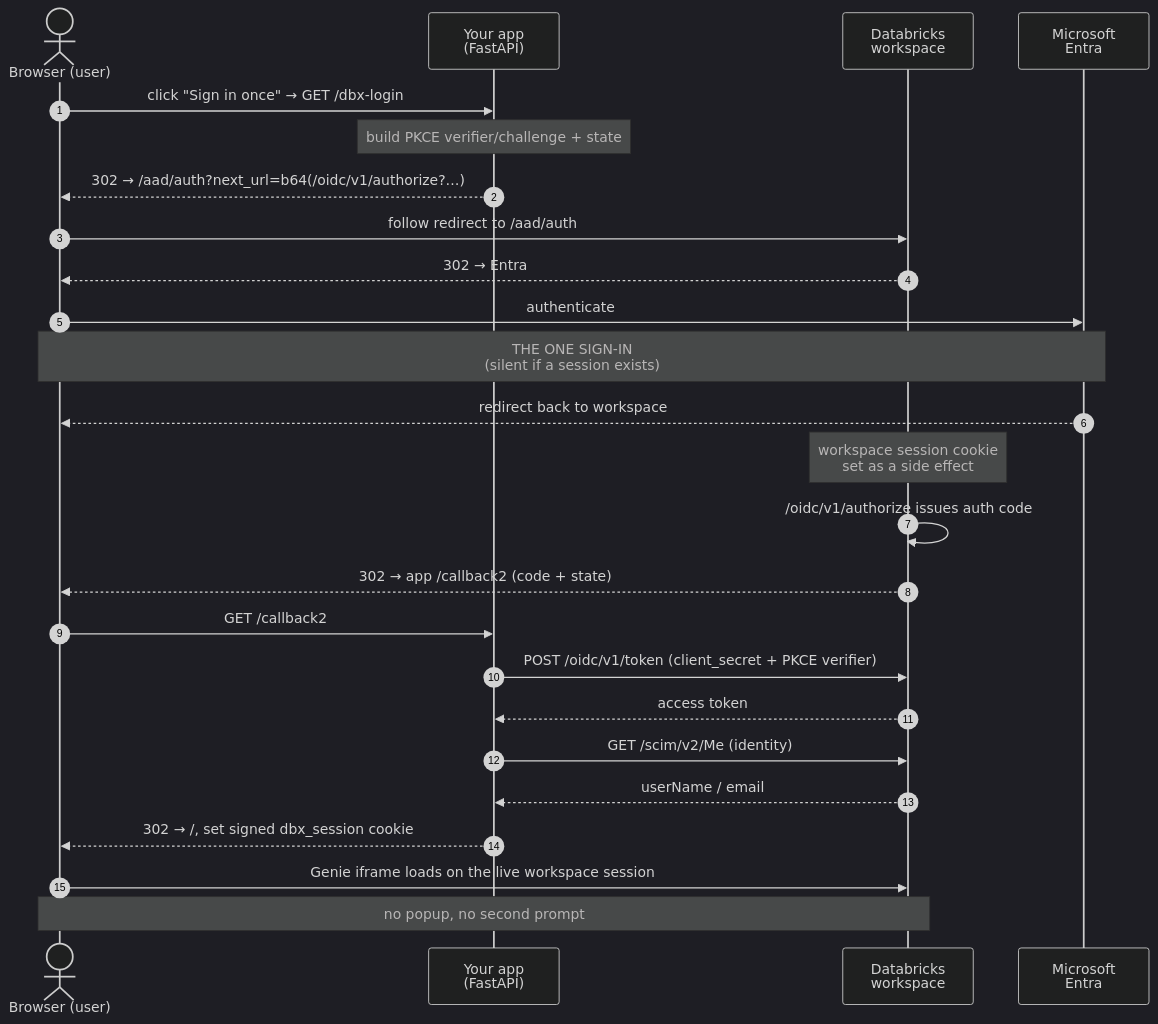
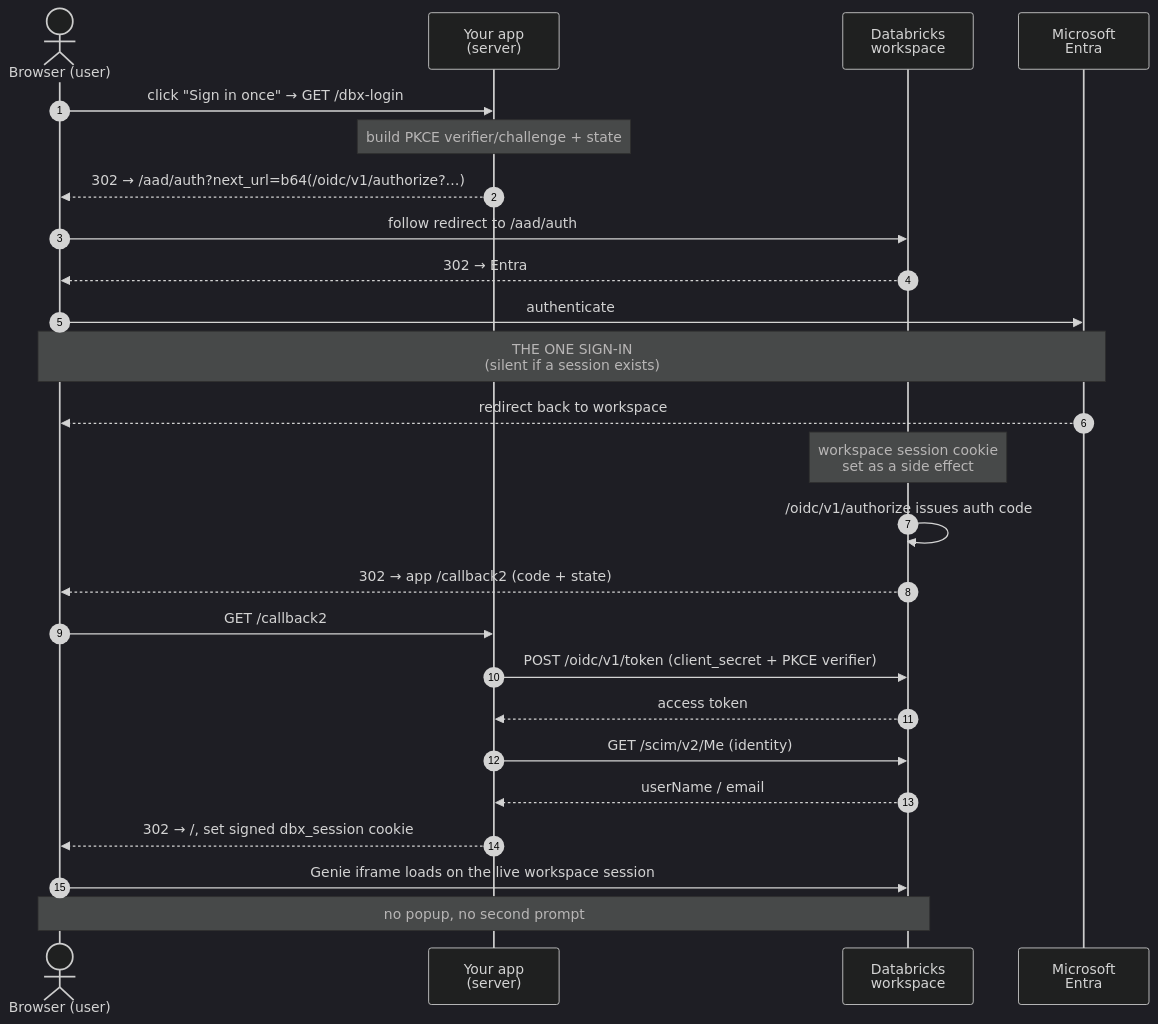
One commit to sean-zhang-dbx/genie-sso-embedding changed the second of 2 diagrams in README.md. Above: the diagram before and after it, drawn with Mermaid (dark theme). The commit also changed other lines of this file, not shown here.

````diff
--- a/README.md
+++ b/README.md
@@ -77,28 +65,28 @@
 ```mermaid
 sequenceDiagram
     autonumber
     actor U as Browser (user)
-    participant A as Your app<br/>(FastAPI)
+    participant A as Your app<br/>(server)
     participant W as Databricks<br/>workspace
     participant E as Microsoft<br/>Entra
 
     U->>A: click "Sign in once" → GET /dbx-login
     Note over A: build PKCE verifier/challenge + state
     A-->>U: 302 → /aad/auth?next_url=b64(/oidc/v1/authorize?…)
     U->>W: follow redirect to /aad/auth
     W-->>U: 302 → Entra
     U->>E: authenticate
     Note over U,E: THE ONE SIGN-IN<br/>(silent if a session exists)
     E-->>U: redirect back to workspace
     Note over W: workspace session cookie<br/>set as a side effect
     W->>W: /oidc/v1/authorize issues auth code
     W-->>U: 302 → app /callback2 (code + state)
     U->>A: GET /callback2
     A->>W: POST /oidc/v1/token (client_secret + PKCE verifier)
     W-->>A: access token
     A->>W: GET /scim/v2/Me (identity)
     W-->>A: userName / email
     A-->>U: 302 → /, set signed dbx_session cookie
     U->>W: Genie iframe loads on the live workspace session
     Note over U,W: no popup, no second prompt
 ```
````
